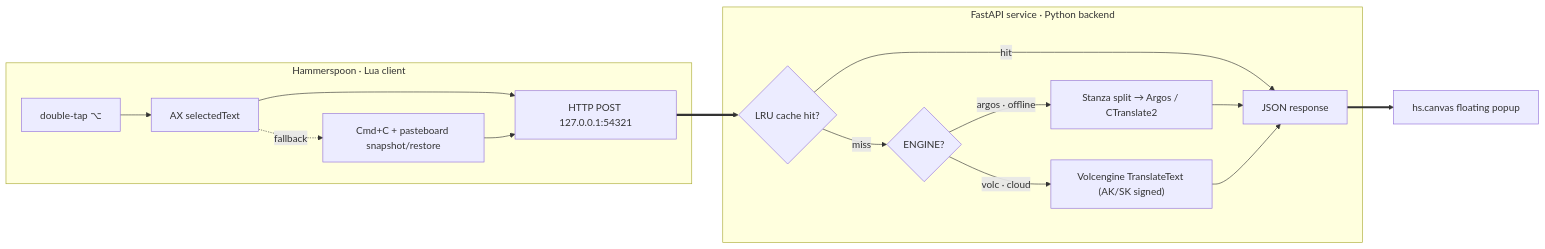
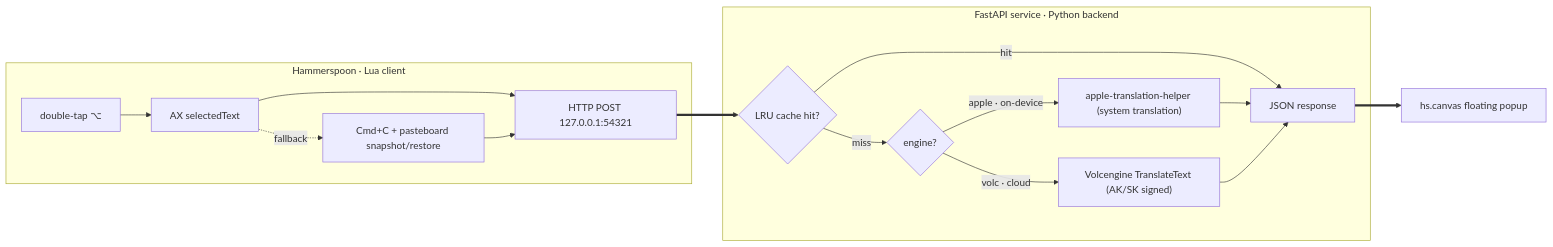
The diagram in README_EN.md (Eim-aa/juyi), drawn with Mermaid before and after one commit. The commit also changed other lines of this file and 9 other files, not shown here.

First line of the commit message:
refactor: drop the Argos engine; Apple on-device becomes the offline default

````diff
--- a/README_EN.md
+++ b/README_EN.md
@@ -150,20 +151,20 @@
 ```mermaid
 flowchart LR
     subgraph HS["Hammerspoon · Lua client"]
         H1["double-tap ⌥"] --> H2["AX selectedText"]
         H2 -.fallback.-> H3["Cmd+C + pasteboard snapshot/restore"]
         H2 & H3 --> H4["HTTP POST 127.0.0.1:54321"]
     end
 
     H4 ==> S1
 
     subgraph BE["FastAPI service · Python backend"]
         S1{"LRU cache hit?"} -->|hit| S5
-        S1 -->|miss| S2{"ENGINE?"}
-        S2 -->|argos · offline| S3["Stanza split → Argos / CTranslate2"]
+        S1 -->|miss| S2{"engine?"}
+        S2 -->|apple · on-device| S3["apple-translation-helper (system translation)"]
         S2 -->|volc · cloud| S4["Volcengine TranslateText (AK/SK signed)"]
         S3 & S4 --> S5["JSON response"]
     end
 
     S5 ==> H5["hs.canvas floating popup"]
 ```
````
